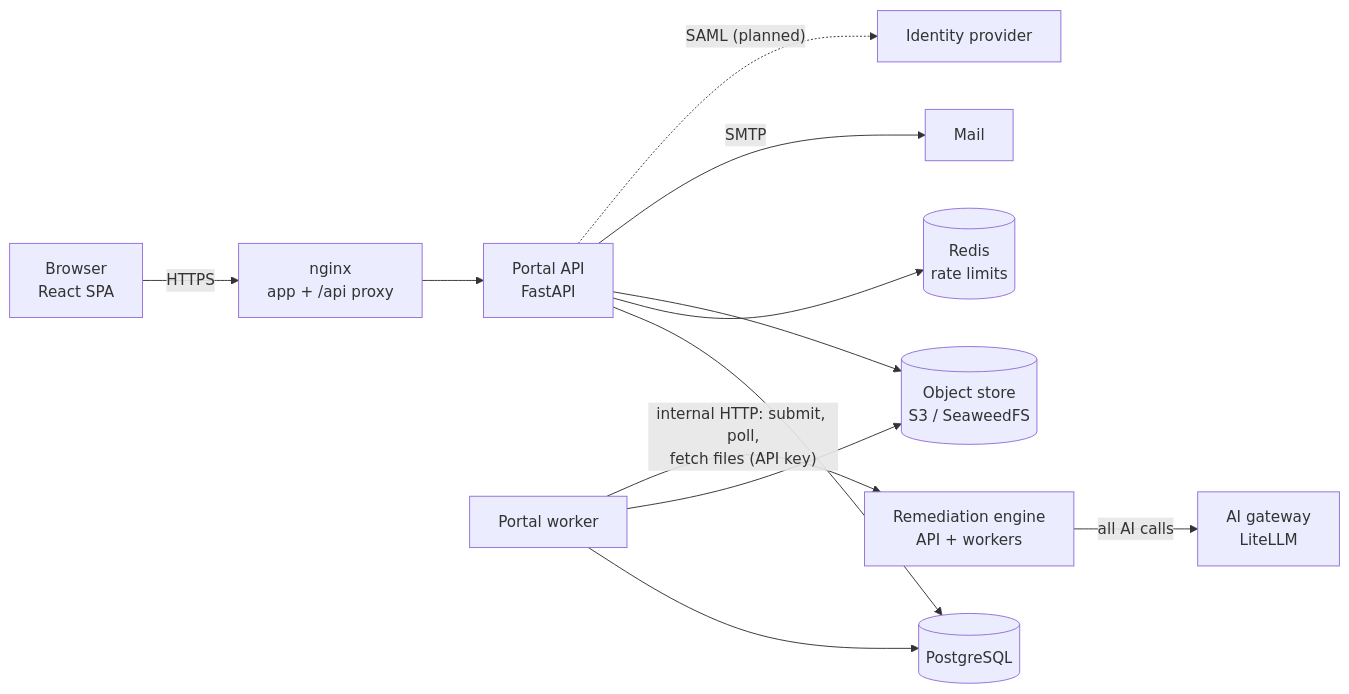
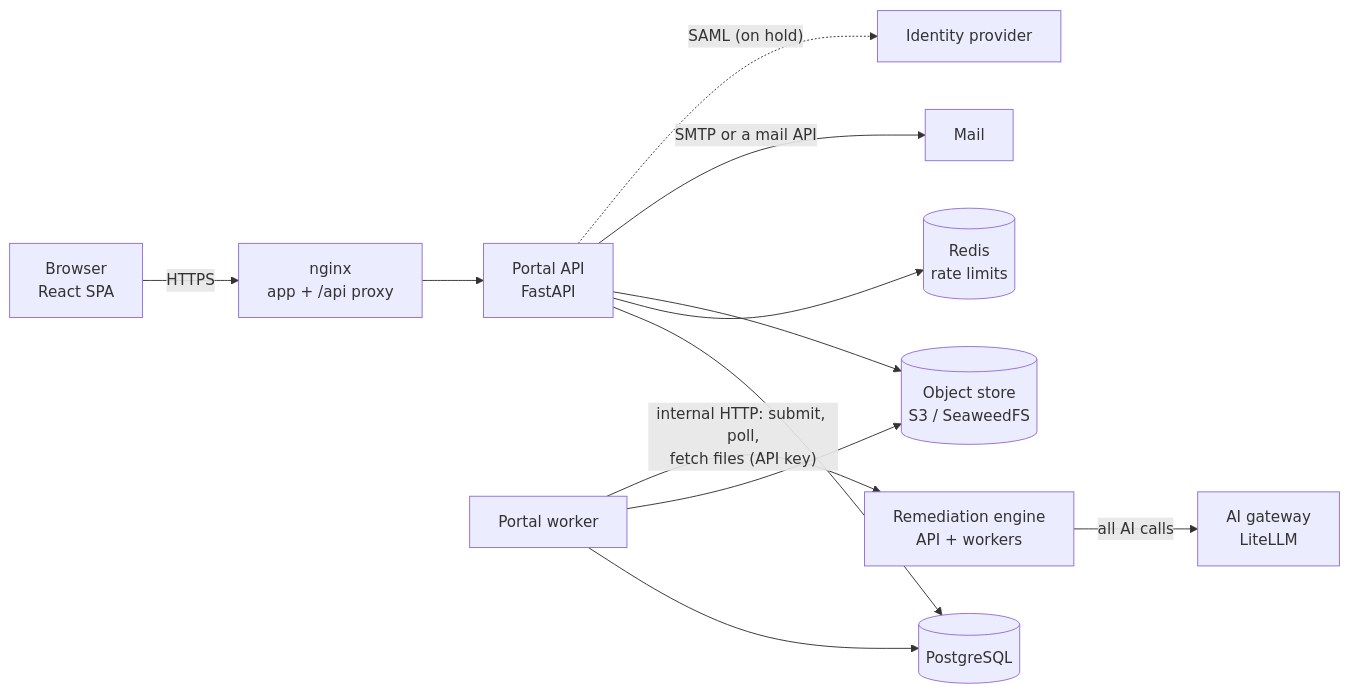
The diagram in docs/design/portal-spec.md (buffcleb/pdf-accessibility-remediation), drawn with Mermaid before and after one commit. The commit also changed other lines of this file and 294 other files, not shown here.

````diff
--- a/docs/design/portal-spec.md
+++ b/docs/design/portal-spec.md
@@ -54,14 +56,14 @@
 ```mermaid
 flowchart LR
   B[Browser<br/>React SPA] -- HTTPS --> WEB[nginx<br/>app + /api proxy]
   WEB --> P[Portal API<br/>FastAPI]
   P --> DB[(PostgreSQL)]
   P --> R[(Redis<br/>rate limits)]
   P --> S[(Object store<br/>S3 / SeaweedFS)]
-  P -- SMTP --> M[Mail]
-  P -. "SAML (planned)" .-> IdP[Identity provider]
+  P -- "SMTP or a mail API" --> M[Mail]
+  P -. "SAML (on hold)" .-> IdP[Identity provider]
   PW[Portal worker] --> DB
   PW --> S
   PW -- "internal HTTP: submit, poll,<br/>fetch files (API key)" --> E[Remediation engine<br/>API + workers]
   E -- "all AI calls" --> GW[AI gateway<br/>LiteLLM]
 ```
````
